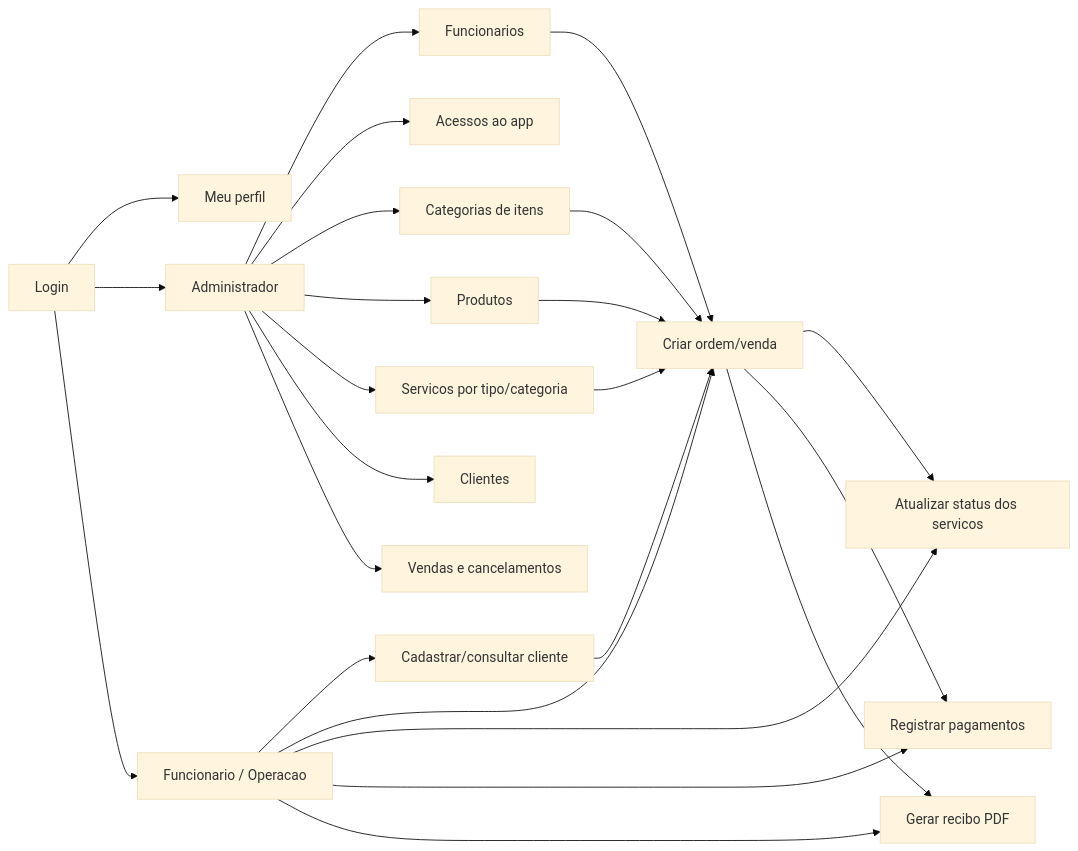
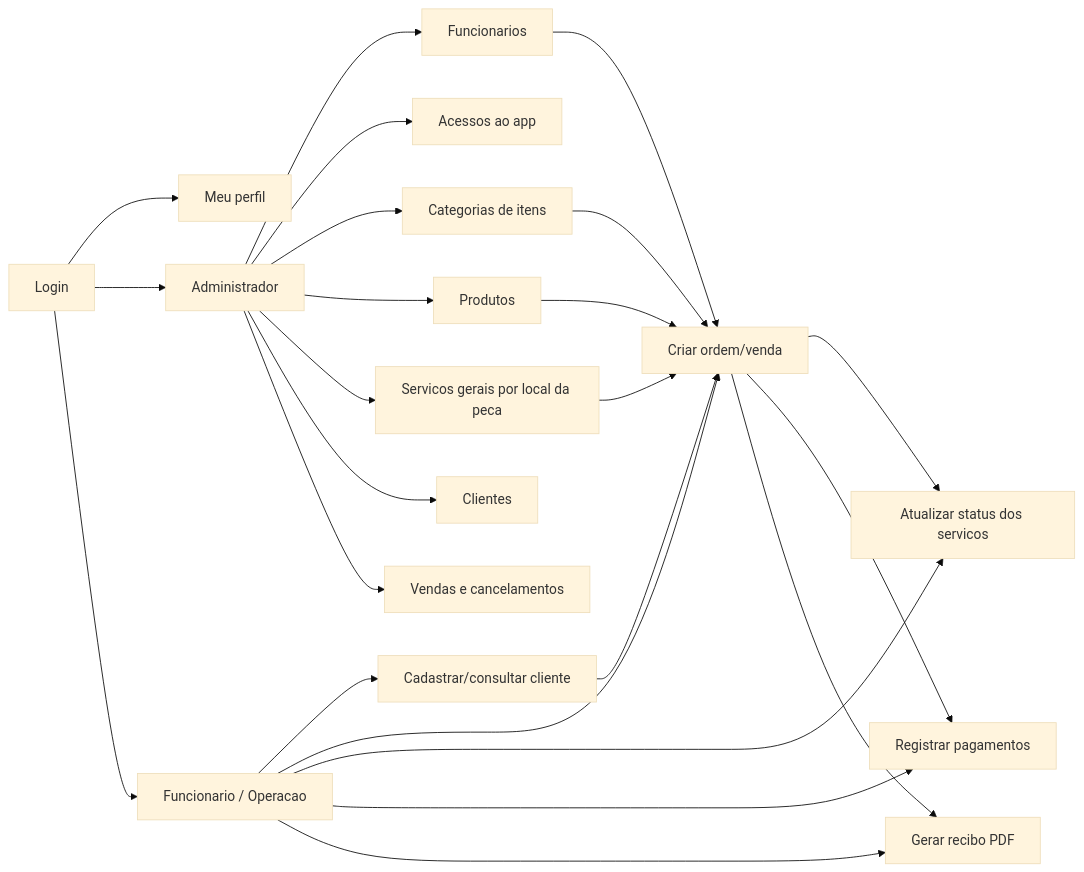
The first of 11 diagrams in docs/fluxo-app.md (caiqueapaza/AppSales), drawn with Mermaid (base theme) before and after one commit. The commit also changed other lines of this file and 31 other files, not shown here.

````diff
--- a/docs/fluxo-app.md
+++ b/docs/fluxo-app.md
@@ -13,34 +13,34 @@
 ```mermaid
 flowchart LR
     Login["Login"]
     Perfil["Meu perfil"]
     Admin["Administrador"]
     Operacao["Funcionario / Operacao"]
 
     Login --> Perfil
     Login --> Admin
     Login --> Operacao
 
     Admin --> Funcionarios["Funcionarios"]
     Admin --> Acessos["Acessos ao app"]
     Admin --> Categorias["Categorias de itens"]
     Admin --> Produtos["Produtos"]
-    Admin --> Servicos["Servicos por tipo/categoria"]
+    Admin --> Servicos["Servicos gerais por local da peca"]
     Admin --> ClientesAdmin["Clientes"]
     Admin --> VendasAdmin["Vendas e cancelamentos"]
 
     Operacao --> Clientes["Cadastrar/consultar cliente"]
     Operacao --> Ordem["Criar ordem/venda"]
     Operacao --> StatusServico["Atualizar status dos servicos"]
     Operacao --> Pagamentos["Registrar pagamentos"]
     Operacao --> Recibo["Gerar recibo PDF"]
 
     Categorias --> Ordem
     Produtos --> Ordem
     Servicos --> Ordem
     Funcionarios --> Ordem
     Clientes --> Ordem
     Ordem --> StatusServico
     Ordem --> Pagamentos
     Ordem --> Recibo
 ```
````
